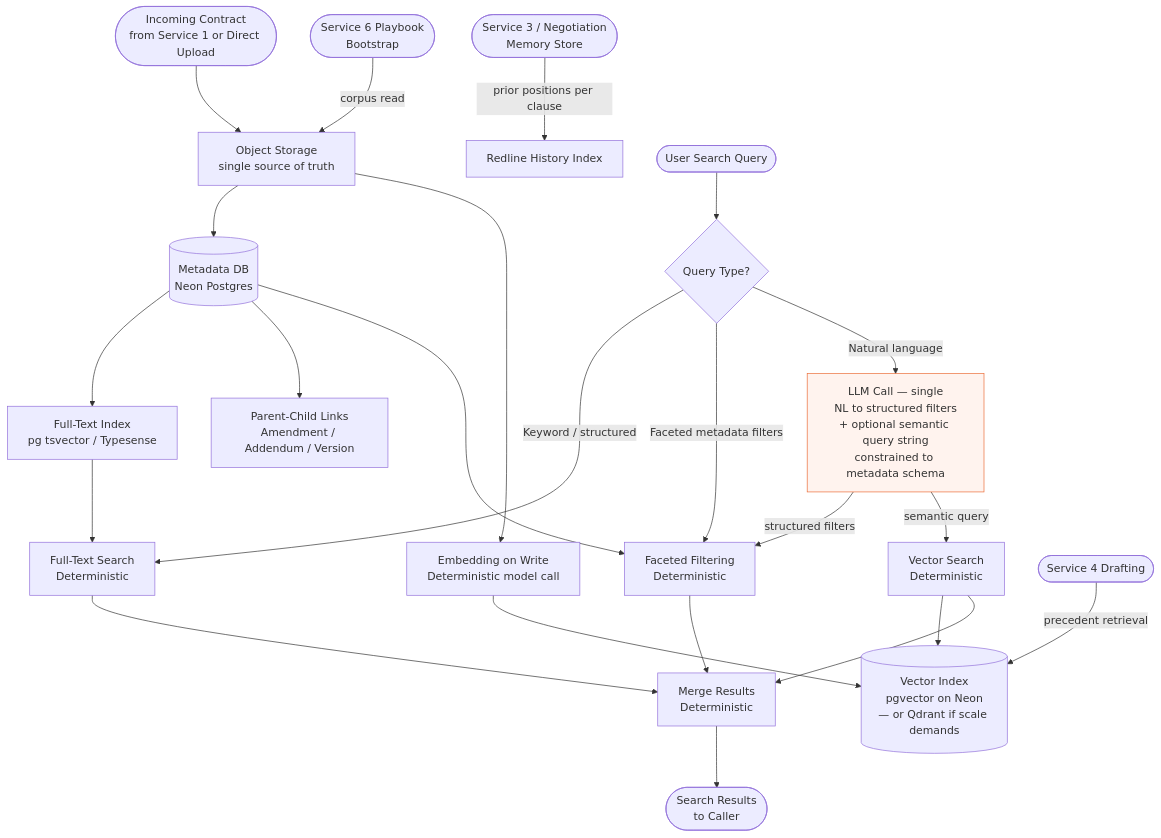
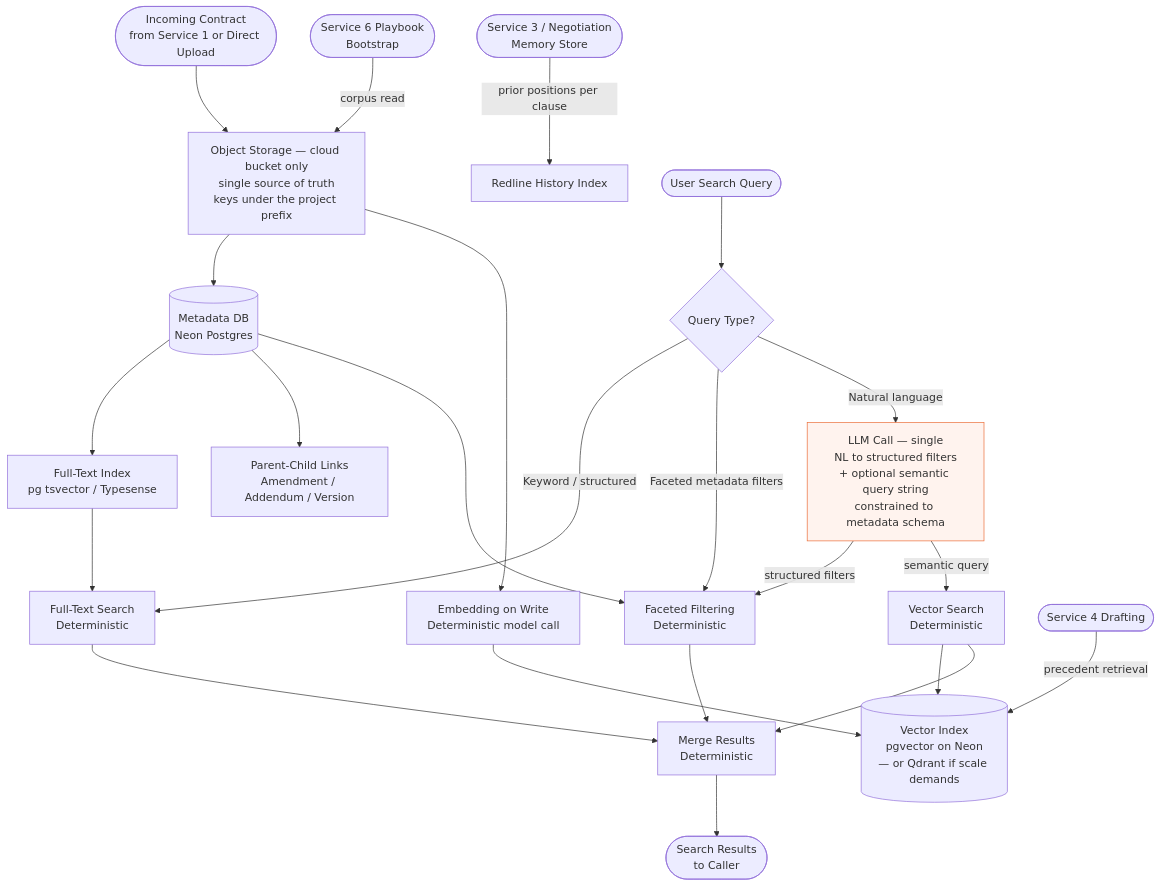
One commit to Athish49/Precedent changed the tenth of 16 diagrams in development_docs/Architecture.md. Above: the diagram before and after it, drawn with Mermaid. The commit also changed other lines of this file and 308 other files, not shown here.

````diff
--- a/development_docs/Architecture.md
+++ b/development_docs/Architecture.md
@@ -332,33 +439,33 @@
 ```mermaid
 flowchart TD
-    INC([Incoming Contract\nfrom Service 1 or Direct Upload]) --> OBJ[Object Storage\nsingle source of truth]
+    INC([Incoming Contract\nfrom Service 1 or Direct Upload]) --> OBJ[Object Storage — cloud bucket only\nsingle source of truth\nkeys under the project prefix]
     OBJ --> MDB[(Metadata DB\nNeon Postgres)]
     OBJ --> EMB[Embedding on Write\nDeterministic model call]
     EMB --> VEC[(Vector Index\npgvector on Neon\n— or Qdrant if scale demands)]
 
     MDB --> FTI[Full-Text Index\npg tsvector / Typesense]
     MDB --> PCL[Parent-Child Links\nAmendment / Addendum / Version]
 
     S3N([Service 3 / Negotiation\nMemory Store]) -->|prior positions per clause| RHI[Redline History Index]
 
     USR([User Search Query]) --> QT{Query Type?}
     QT -->|Keyword / structured| FTS[Full-Text Search\nDeterministic]
     QT -->|Faceted metadata filters| FF[Faceted Filtering\nDeterministic]
     QT -->|Natural language| SS[LLM Call — single\nNL to structured filters\n+ optional semantic query string\nconstrained to metadata schema]
 
     SS -->|structured filters| FF
     SS -->|semantic query| VS[Vector Search\nDeterministic]
     VS --> VEC
     FTI --> FTS
     MDB --> FF
 
     FTS --> MRG[Merge Results\nDeterministic]
     FF --> MRG
     VS --> MRG
     MRG --> RES([Search Results\nto Caller])
 
     S4([Service 4 Drafting]) -->|precedent retrieval| VEC
     S6([Service 6 Playbook\nBootstrap]) -->|corpus read| OBJ
 
     style SS fill:#fff3ee,stroke:#eb6c36
 ```
````
